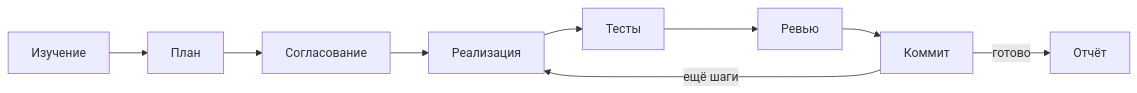
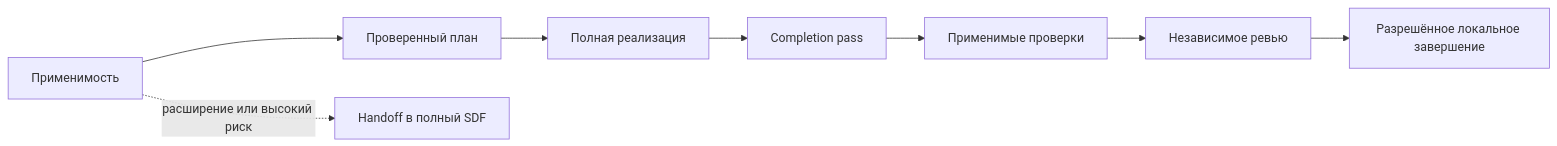
One commit to moira-mcp/moira changed the second of 13 diagrams in packages/docs/src/content/docs/ru/docs/reference/workflow-templates.mdx. Above: the diagram before and after it, drawn with Mermaid. The commit also changed other lines of this file and 19 other files, not shown here.

````diff
--- a/packages/docs/src/content/docs/ru/docs/reference/workflow-templates.mdx
+++ b/packages/docs/src/content/docs/ru/docs/reference/workflow-templates.mdx
@@ -64,6 +64,6 @@
 ```mermaid
 flowchart LR
-    A[Изучение] --> B[План] --> C[Согласование] --> D[Реализация] --> E[Тесты] --> F[Ревью] --> G[Коммит]
-    G -->|ещё шаги| D
-    G -->|готово| H[Отчёт]
+    A[Применимость] --> B[Проверенный план] --> C[Полная реализация] --> D[Completion pass]
+    D --> E[Применимые проверки] --> F[Независимое ревью] --> G[Разрешённое локальное завершение]
+    A -. расширение или высокий риск .-> H[Handoff в полный SDF]
 ```
````
